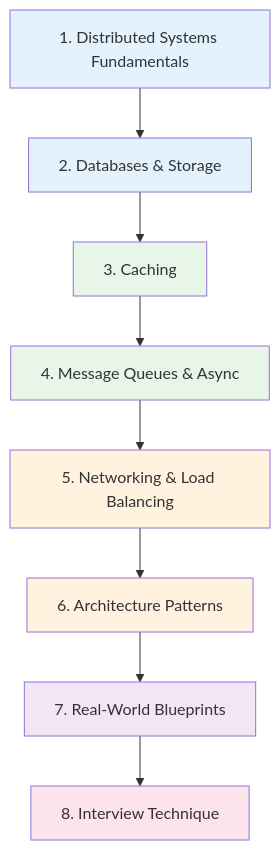
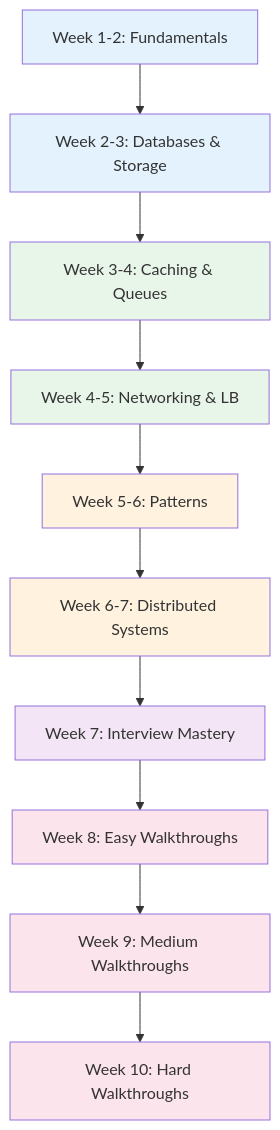
The diagram in docs/learning-paths/system-design-interview.md (ayush-jadaun/knowledge-vault), drawn with Mermaid before and after one commit. The commit also changed other lines of this file and 143 other files, not shown here.

````diff
--- a/docs/learning-paths/system-design-interview.md
+++ b/docs/learning-paths/system-design-interview.md
@@ -17,19 +31,23 @@
 ```mermaid
 graph TD
-    S1[1. Distributed Systems Fundamentals] --> S2[2. Databases & Storage]
-    S2 --> S3[3. Caching]
-    S3 --> S4[4. Message Queues & Async]
-    S4 --> S5[5. Networking & Load Balancing]
-    S5 --> S6[6. Architecture Patterns]
-    S6 --> S7[7. Real-World Blueprints]
-    S7 --> S8[8. Interview Technique]
+    S1["Week 1-2: Fundamentals"] --> S2["Week 2-3: Databases & Storage"]
+    S2 --> S3["Week 3-4: Caching & Queues"]
+    S3 --> S4["Week 4-5: Networking & LB"]
+    S4 --> S5["Week 5-6: Patterns"]
+    S5 --> S6["Week 6-7: Distributed Systems"]
+    S6 --> S7["Week 7: Interview Mastery"]
+    S7 --> S8["Week 8: Easy Walkthroughs"]
+    S8 --> S9["Week 9: Medium Walkthroughs"]
+    S9 --> S10["Week 10: Hard Walkthroughs"]
 
     style S1 fill:#e3f2fd
     style S2 fill:#e3f2fd
     style S3 fill:#e8f5e9
     style S4 fill:#e8f5e9
     style S5 fill:#fff3e0
     style S6 fill:#fff3e0
     style S7 fill:#f3e5f5
     style S8 fill:#fce4ec
+    style S9 fill:#fce4ec
+    style S10 fill:#fce4ec
 ```
````
